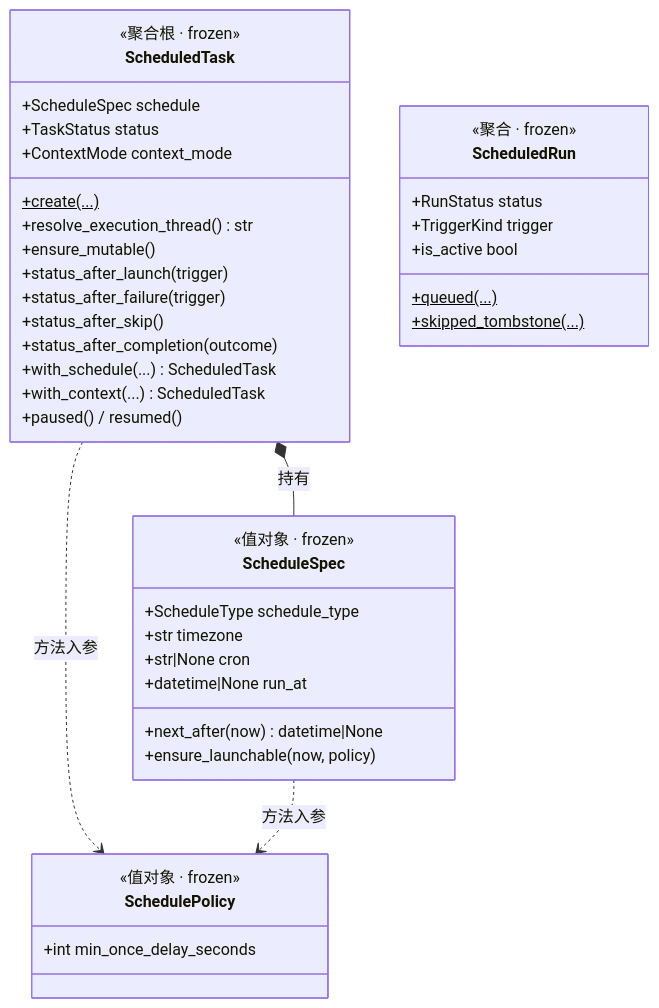
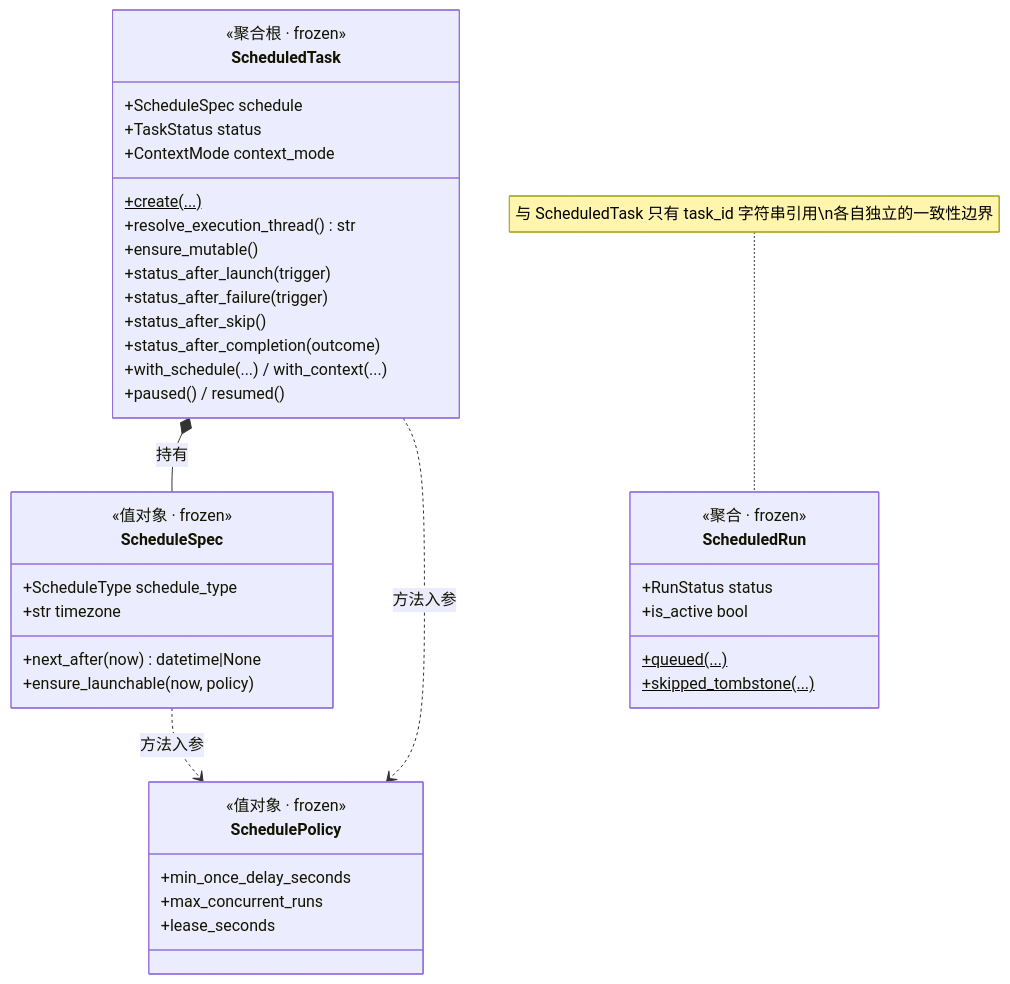
One commit to bytedance/deer-flow changed the first of 5 diagrams in backend/docs/SCHEDULE_DESIGN_zh.md. Above: the diagram before and after it, drawn with Mermaid. The commit also changed other lines of this file and 2 other files, not shown here.

First line of the commit message:
docs(schedule): rewrite the module walkthrough for the finished slice

````diff
--- a/backend/docs/SCHEDULE_DESIGN_zh.md
+++ b/backend/docs/SCHEDULE_DESIGN_zh.md
@@ -119,44 +59,43 @@
 ```mermaid
 classDiagram
     class ScheduledTask {
         <<聚合根 · frozen>>
         +ScheduleSpec schedule
         +TaskStatus status
         +ContextMode context_mode
         +create(...)$
         +resolve_execution_thread() str
         +ensure_mutable()
         +status_after_launch(trigger)
         +status_after_failure(trigger)
         +status_after_skip()
         +status_after_completion(outcome)
-        +with_schedule(...) ScheduledTask
-        +with_context(...) ScheduledTask
+        +with_schedule(...) / with_context(...)
         +paused() / resumed()
     }
     class ScheduleSpec {
         <<值对象 · frozen>>
         +ScheduleType schedule_type
         +str timezone
-        +str|None cron
-        +datetime|None run_at
         +next_after(now) datetime|None
         +ensure_launchable(now, policy)
     }
     class SchedulePolicy {
         <<值对象 · frozen>>
-        +int min_once_delay_seconds
+        +min_once_delay_seconds
+        +max_concurrent_runs
+        +lease_seconds
     }
     class ScheduledRun {
         <<聚合 · frozen>>
         +RunStatus status
-        +TriggerKind trigger
         +queued(...)$
         +skipped_tombstone(...)$
         +is_active bool
     }
 
     ScheduledTask *-- ScheduleSpec : 持有
     ScheduledTask ..> SchedulePolicy : 方法入参
     ScheduleSpec ..> SchedulePolicy : 方法入参
+    note for ScheduledRun "与 ScheduledTask 只有 task_id 字符串引用\n各自独立的一致性边界"
 ```
````
